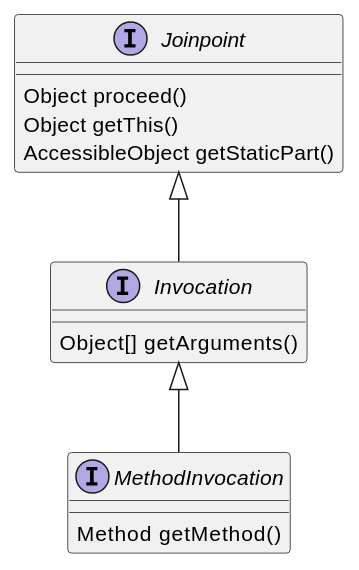
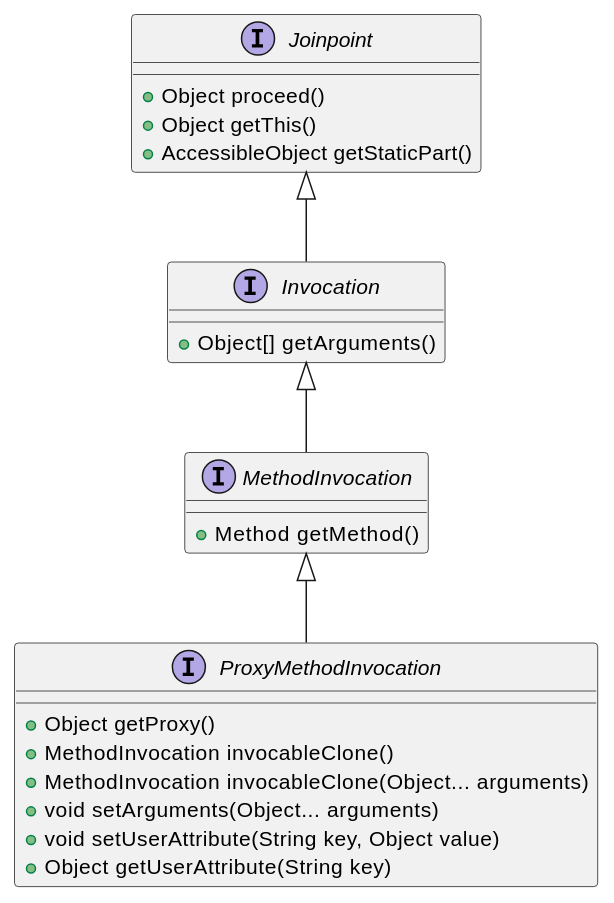
Before and after one commit to onlyonion/development: the diagram in 20-framework/src/spring/spring-aop/aopalliance/intercept/Joinpoint.md, drawn with PlantUML. The commit also changed other lines of this file and 21 other files, not shown here.

````diff
--- a/20-framework/src/spring/spring-aop/aopalliance/intercept/Joinpoint.md
+++ b/20-framework/src/spring/spring-aop/aopalliance/intercept/Joinpoint.md
@@ -13,24 +21,33 @@
 ```plantuml
 @startuml
 
-' 这个接口表示一个通用的运行时连接点
-' 运行时连接点是一个静态连接点发生的一个事件。
+
 interface Joinpoint {
-    Object proceed()
-    Object getThis()
-    AccessibleObject getStaticPart()
+    + Object proceed()
+    + Object getThis()
+    + AccessibleObject getStaticPart()
 }
 
 interface Invocation {
-    Object[] getArguments()                   
+    + Object[] getArguments()                   
 }
 
 interface MethodInvocation {
-    Method getMethod()
+    + Method getMethod()
 }
 
-Joinpoint <|-- Invocation
-Invocation <|-- MethodInvocation
+interface ProxyMethodInvocation {
+	+ Object getProxy()
+	+ MethodInvocation invocableClone()
+	+ MethodInvocation invocableClone(Object... arguments)
+	+ void setArguments(Object... arguments)
+	+ void setUserAttribute(String key, Object value)
+	+ Object getUserAttribute(String key)
+}
+
+Joinpoint ^-- Invocation
+Invocation ^-- MethodInvocation
+MethodInvocation ^-- ProxyMethodInvocation
 
 @enduml
 ```
````
